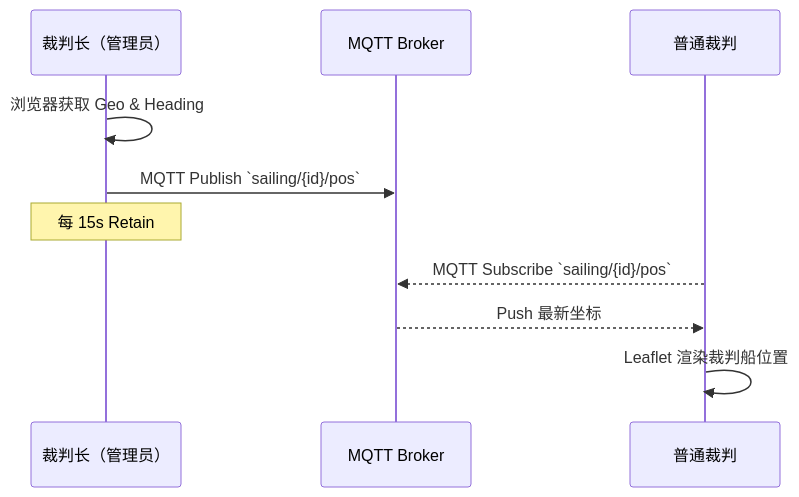
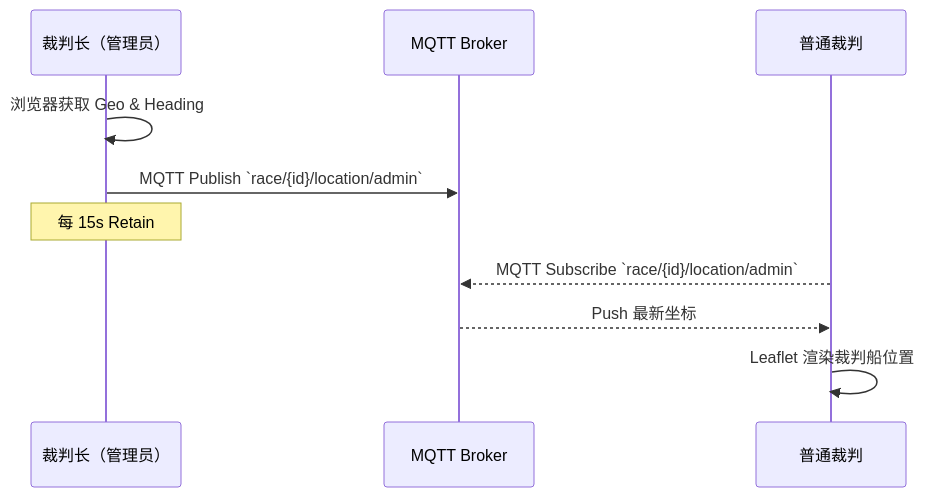
Before and after one commit to guolin/racemap: the diagram in doc/架构与业务逻辑.md, drawn with Mermaid. The commit also changed other lines of this file and 6 other files, not shown here.

Commit message:
更新 MQTT 主题格式，将位置发布和订阅的主题从 `sailing/{id}` 修改为 `race/{id}`，以统一命名规范并提升代码可读性；同时更新相关文档以反映此变更。

````diff
--- a/doc/架构与业务逻辑.md
+++ b/doc/架构与业务逻辑.md
@@ -48,13 +48,13 @@
 ```mermaid
 sequenceDiagram
   participant A as 裁判长（管理员）
   participant B as MQTT Broker
   participant C as 普通裁判
 
   A->>A: 浏览器获取 Geo & Heading
-  A->>B: MQTT Publish `sailing/{id}/pos`
-  Note over A: 每 15s Retain
-  C-->>B: MQTT Subscribe `sailing/{id}/pos`
+  A->>B: MQTT Publish `race/{id}/location/admin`
+Note over A: 每 15s Retain
+C-->>B: MQTT Subscribe `race/{id}/location/admin`
   B-->>C: Push 最新坐标
   C->>C: Leaflet 渲染裁判船位置
 ```
````
